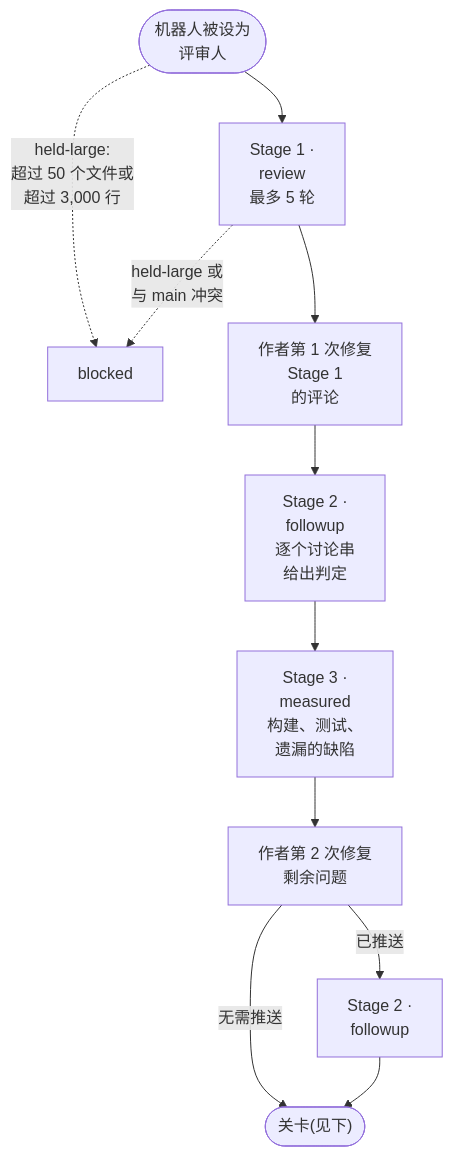
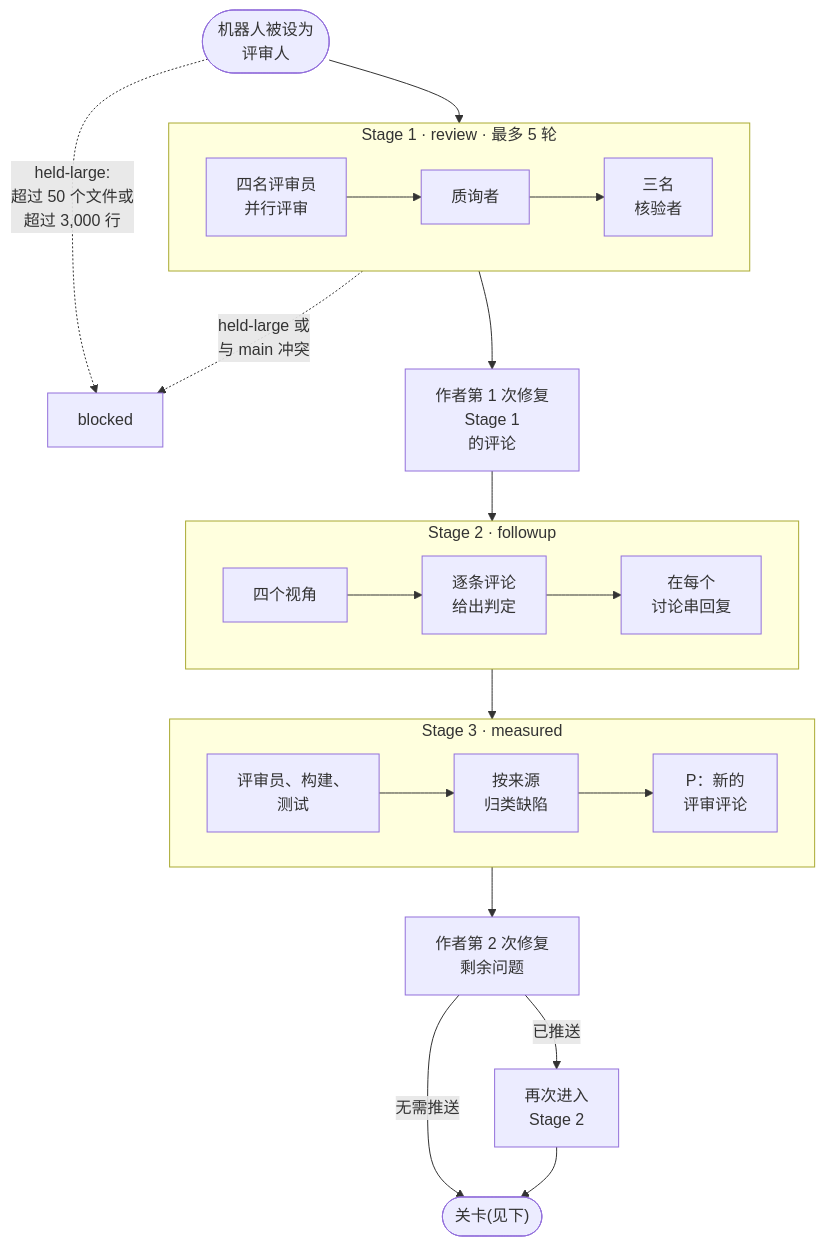
One commit to thswlsqls/pr-quorum changed the first of 6 diagrams in README.zh-CN.md. Above: the diagram before and after it, drawn with Mermaid. The commit also changed other lines of this file and 1 other file, not shown here.

Commit message:
docs : [docs/readme-diagrams] Bring the translations up to 294c1a6

````diff
--- a/README.zh-CN.md
+++ b/README.zh-CN.md
@@ -27,13 +27,25 @@
 ```mermaid
 flowchart TD
-  RQ(["机器人被设为<br/>评审人"]) --> S1["Stage 1 ·<br/>review<br/>最多 5 轮"]
+  RQ(["机器人被设为<br/>评审人"]) --> S1
   RQ -. "held-large:<br/>超过 50 个文件或<br/>超过 3,000 行" .-> BL[blocked]
+  subgraph S1["Stage 1 · review · 最多 5 轮"]
+    direction LR
+    S1a["四名评审员<br/>并行评审"] --> S1b["质询者"] --> S1c["三名<br/>核验者"]
+  end
   S1 -. "held-large 或<br/>与 main 冲突" .-> BL
   S1 --> A1["作者第 1 次修复<br/>Stage 1<br/>的评论"]
-  A1 --> S2["Stage 2 ·<br/>followup<br/>逐个讨论串<br/>给出判定"]
-  S2 --> S3["Stage 3 ·<br/>measured<br/>构建、测试、<br/>遗漏的缺陷"]
+  A1 --> S2
+  subgraph S2["Stage 2 · followup"]
+    direction LR
+    S2a["四个视角"] --> S2b["逐条评论<br/>给出判定"] --> S2c["在每个<br/>讨论串回复"]
+  end
+  S2 --> S3
+  subgraph S3["Stage 3 · measured"]
+    direction LR
+    S3a["评审员、构建、<br/>测试"] --> S3b["按来源<br/>归类缺陷"] --> S3c["P：新的<br/>评审评论"]
+  end
   S3 --> A2["作者第 2 次修复<br/>剩余问题"]
-  A2 -- "已推送" --> S2b["Stage 2 ·<br/>followup"]
+  A2 -- "已推送" --> S2x["再次进入<br/>Stage 2"]
   A2 -- "无需推送" --> G(["关卡(见下)"])
-  S2b --> G
+  S2x --> G
 ```
````
